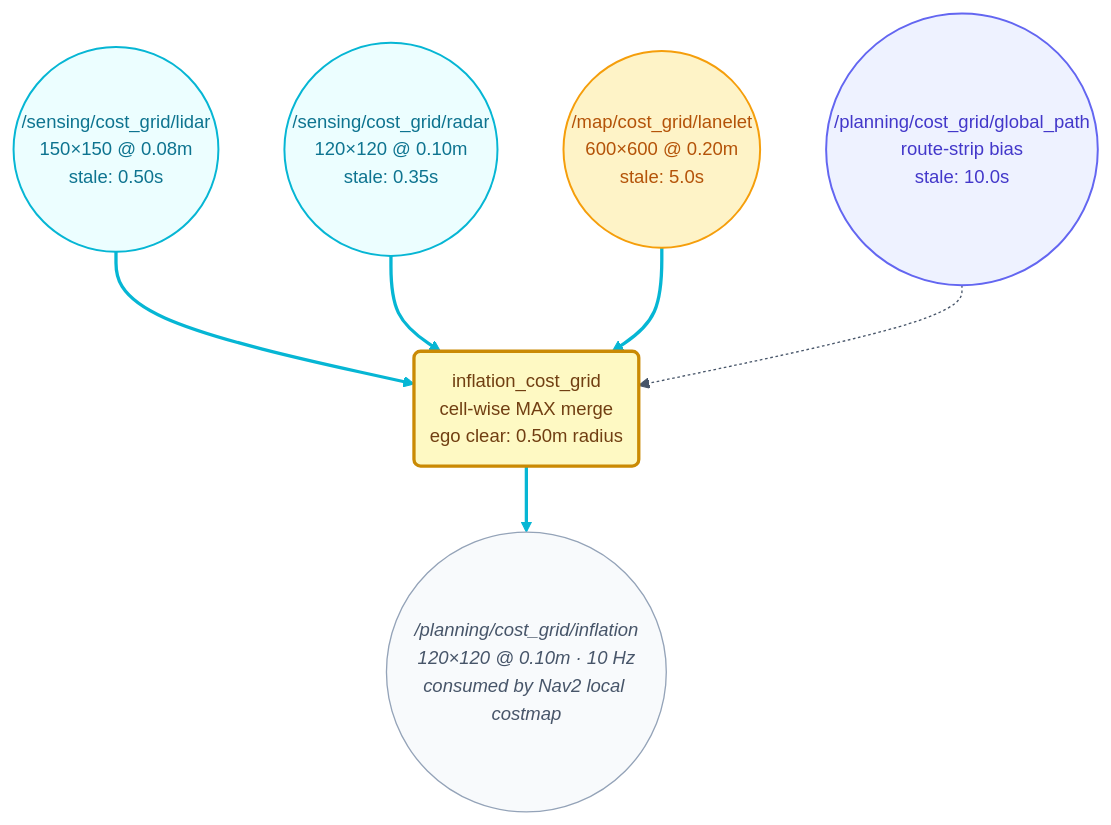
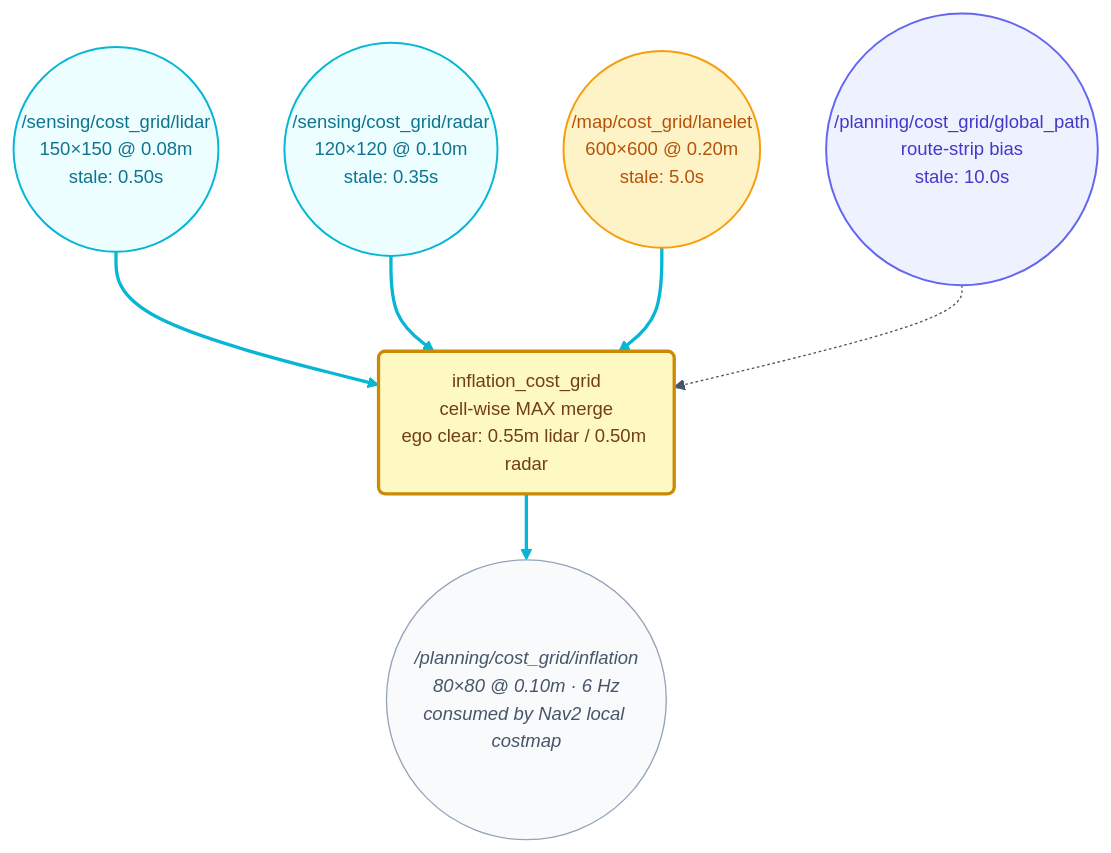
Before and after one commit to hwanhonglee/CAMROD: the third of 3 diagrams in camrod_sensing/README.md, drawn with Mermaid. The commit also changed other lines of this file and 9 other files, not shown here.

````diff
--- a/camrod_sensing/README.md
+++ b/camrod_sensing/README.md
@@ -201,34 +208,34 @@
 ```mermaid
 %%{init: {'theme': 'base', 'themeVariables': {'fontFamily': 'ui-sans-serif, system-ui, sans-serif', 'fontSize': '14px', 'primaryColor': '#EEF2FF', 'primaryTextColor': '#0F172A', 'primaryBorderColor': '#6366F1', 'lineColor': '#475569'}, 'flowchart': {'curve': 'basis', 'htmlLabels': true, 'padding': 12}}}%%
 graph TD
   classDef sensing      fill:#ECFEFF,stroke:#06B6D4,stroke-width:1.5px,color:#0E7490;
   classDef localization fill:#ECFDF5,stroke:#10B981,stroke-width:1.5px,color:#047857;
   classDef mapping      fill:#FEF3C7,stroke:#F59E0B,stroke-width:1.5px,color:#B45309;
   classDef perception   fill:#FCE7F3,stroke:#EC4899,stroke-width:1.5px,color:#9D174D;
   classDef planning     fill:#EEF2FF,stroke:#6366F1,stroke-width:1.5px,color:#4338CA;
   classDef platform     fill:#FEE2E2,stroke:#EF4444,stroke-width:1.5px,color:#B91C1C;
   classDef docking      fill:#F5F3FF,stroke:#8B5CF6,stroke-width:1.5px,color:#6D28D9;
   classDef system       fill:#F1F5F9,stroke:#64748B,stroke-width:1.5px,color:#334155;
   classDef ui           fill:#FFF7ED,stroke:#F97316,stroke-width:1.5px,color:#C2410C;
   classDef topic        fill:#F8FAFC,stroke:#94A3B8,stroke-width:1px,color:#475569,font-style:italic;
   classDef config       fill:#FFFBEB,stroke:#D97706,stroke-width:1.5px,color:#92400E;
   classDef hardware     fill:#FAFAFA,stroke:#6B7280,stroke-width:1.5px,color:#374151;
   classDef highlight    fill:#FEF9C3,stroke:#CA8A04,stroke-width:2.5px,color:#713F12;
 
   L1((/sensing/cost_grid/lidar\n150×150 @ 0.08m\nstale: 0.50s)):::sensing
   L2((/sensing/cost_grid/radar\n120×120 @ 0.10m\nstale: 0.35s)):::sensing
   L3((/map/cost_grid/lanelet\n600×600 @ 0.20m\nstale: 5.0s)):::mapping
   L4((/planning/cost_grid/global_path\nroute-strip bias\nstale: 10.0s)):::planning
 
-  FUSE(inflation_cost_grid\ncell-wise MAX merge\nego clear: 0.50m radius):::highlight
+  FUSE(inflation_cost_grid\ncell-wise MAX merge\nego clear: 0.55m lidar / 0.50m radar):::highlight
 
-  OUT((/planning/cost_grid/inflation\n120×120 @ 0.10m · 10 Hz\nconsumed by Nav2 local costmap)):::topic
+  OUT((/planning/cost_grid/inflation\n80×80 @ 0.10m · 6 Hz\nconsumed by Nav2 local costmap)):::topic
 
   L1 ==> FUSE
   L2 ==> FUSE
   L3 ==> FUSE
   L4 -.-> FUSE
   FUSE ==> OUT
 
   linkStyle 0,1,2,4 stroke:#06B6D4,stroke-width:2.5px;
 ```
````
